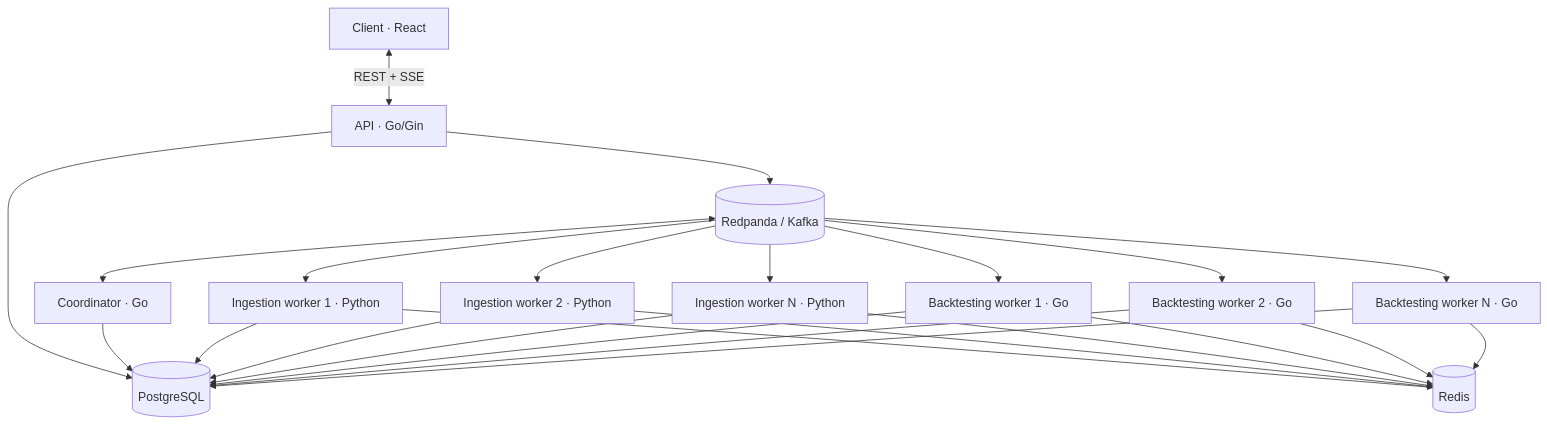
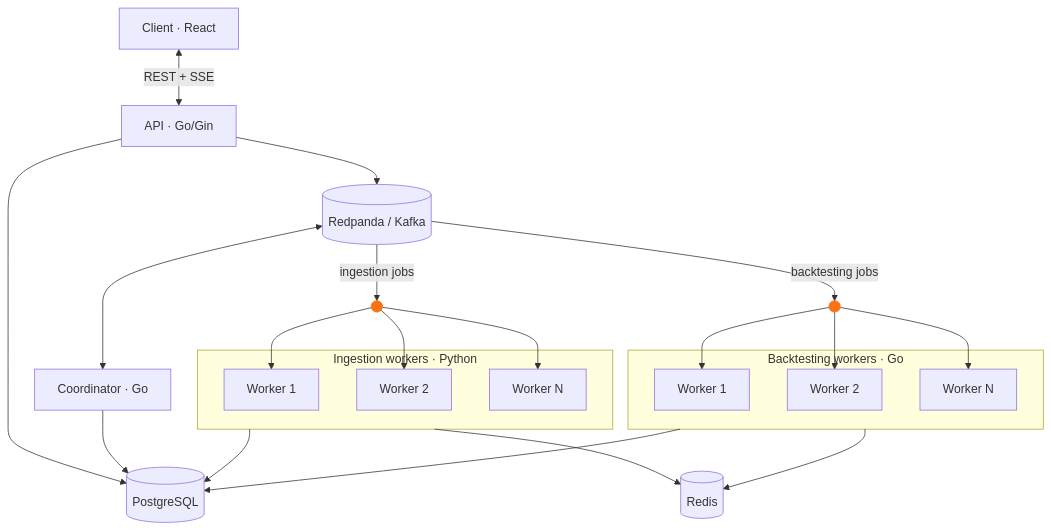
Before and after one commit to Samirkhairati/backtesting: the diagram in README.md, drawn with Mermaid.

Commit message:
docs: branch Kafka to worker groups through a junction point in architecture diagram

````diff
--- a/README.md
+++ b/README.md
@@ -19,14 +19,29 @@
 ```mermaid
 flowchart TD
     Client[Client · React] <-->|REST + SSE| API[API · Go/Gin]
     API --> Kafka[(Redpanda / Kafka)]
     Kafka <--> Coord[Coordinator · Go]
-    Kafka --> Ing1[Ingestion worker 1 · Python]
-    Kafka --> Ing2[Ingestion worker 2 · Python]
-    Kafka --> IngN[Ingestion worker N · Python]
-    Kafka --> BT1[Backtesting worker 1 · Go]
-    Kafka --> BT2[Backtesting worker 2 · Go]
-    Kafka --> BTN[Backtesting worker N · Go]
-    API & Coord & Ing1 & Ing2 & IngN & BT1 & BT2 & BTN --> DB[(PostgreSQL)]
-    Ing1 & Ing2 & IngN & BT1 & BT2 & BTN --> Cache[(Redis)]
+
+    Kafka -->|ingestion jobs| IngJ(( ))
+    Kafka -->|backtesting jobs| BtJ(( ))
+
+    subgraph IngW[Ingestion workers · Python]
+        Ing1["Worker 1"]
+        Ing2["Worker 2"]
+        IngN["Worker N"]
+    end
+    subgraph BtW[Backtesting workers · Go]
+        Bt1["Worker 1"]
+        Bt2["Worker 2"]
+        BtN["Worker N"]
+    end
+
+    IngJ --> Ing1 & Ing2 & IngN
+    BtJ --> Bt1 & Bt2 & BtN
+
+    API & Coord & IngW & BtW --> DB[(PostgreSQL)]
+    IngW & BtW --> Cache[(Redis)]
+
+    style IngJ fill:#f97316,stroke:#f97316
+    style BtJ fill:#f97316,stroke:#f97316
 ```
````
